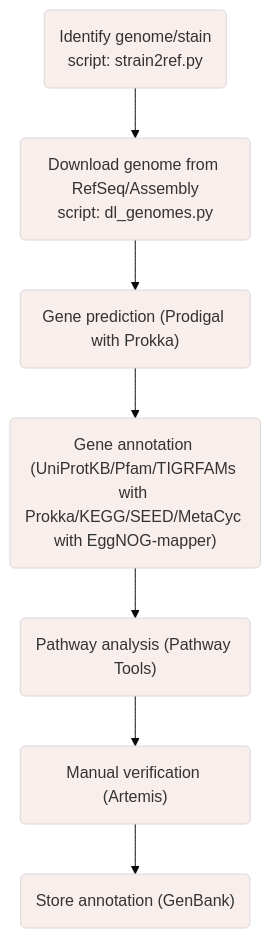
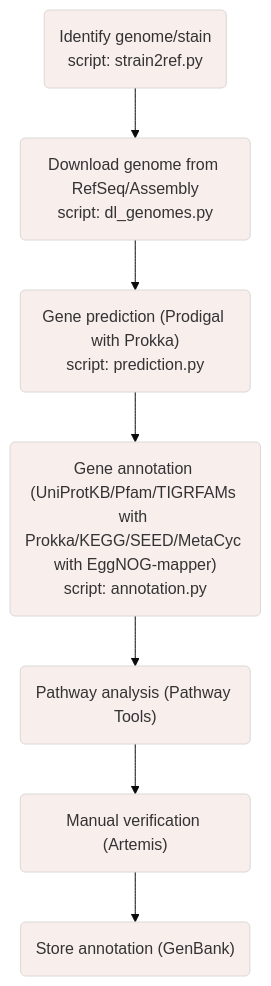
One commit to MaximeNaour/GenoTools changed the diagram in README.md. Above: the diagram before and after it, drawn with Mermaid.

````diff
--- a/README.md
+++ b/README.md
@@ -3,16 +3,16 @@
 ```mermaid
 %%{init: {'theme': 'base', 'themeVariables': { 'primaryColor': '#f8eeec', 'edgeLabelBackground':'#ffffff'}}}%%
 
 flowchart TB;
 linkStyle default interpolate basis
 classDef exClass font-style:bold;
 classDef exClass font-size:16px;
 
 A("<font size=3>Identify genome/stain<br>script: strain2ref.py") --> B("<font size=3>Download genome from RefSeq/Assembly<br>script: dl_genomes.py");
-B --> C("<font size=3>Gene prediction (Prodigal with Prokka)");
-C --> D("<font size=3>Gene annotation (UniProtKB/Pfam/TIGRFAMs with Prokka/KEGG/SEED/MetaCyc with EggNOG-mapper)");
+B --> C("<font size=3>Gene prediction (Prodigal with Prokka)<br>script: prediction.py");
+C --> D("<font size=3>Gene annotation (UniProtKB/Pfam/TIGRFAMs with Prokka/KEGG/SEED/MetaCyc with EggNOG-mapper)<br>script: annotation.py");
 D --> E("<font size=3>Pathway analysis (Pathway Tools)");
 E --> F("<font size=3>Manual verification (Artemis)");
 F --> G("<font size=3>Store annotation (GenBank)");
 
 ```
````
